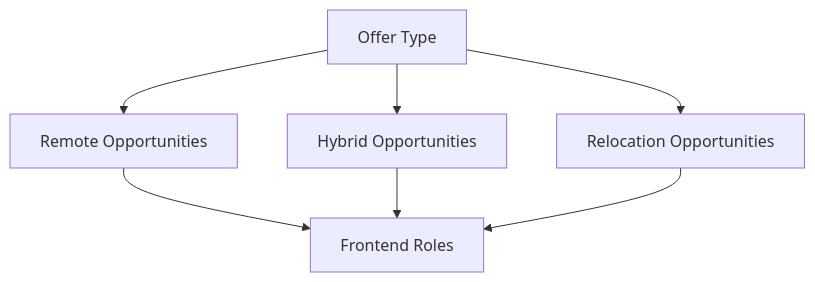
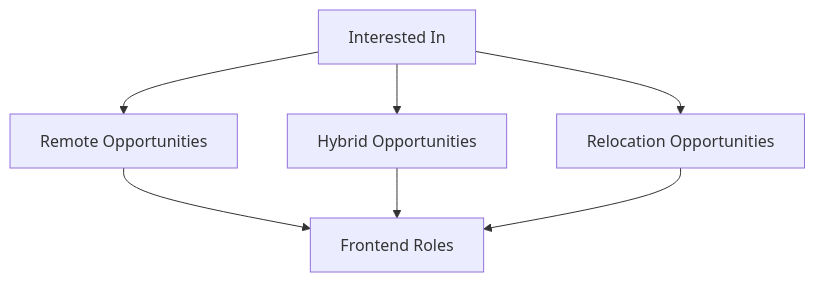
The diagram in README.md (Danthesage01/Danthesage01), drawn with Mermaid before and after one commit.

````diff
--- a/README.md
+++ b/README.md
@@ -13,9 +13,9 @@
 ```mermaid
  graph TD;
-   A[Offer Type]-->B[Remote Opportunities];
-   A[Offer Type]-->C[Hybrid Opportunities];
-   A[Offer Type]-->D[Relocation Opportunities];
+   A[Interested In]-->B[Remote Opportunities];
+   A[Interested In]-->C[Hybrid Opportunities];
+   A[Interested In]-->D[Relocation Opportunities];
    B[Remote Opportunities]-->E[Frontend Roles];
    C[Hybrid Opportunities]-->E[Frontend Roles];
    D[Relocation Opportunities]-->E[Frontend Roles];
 ```
````
